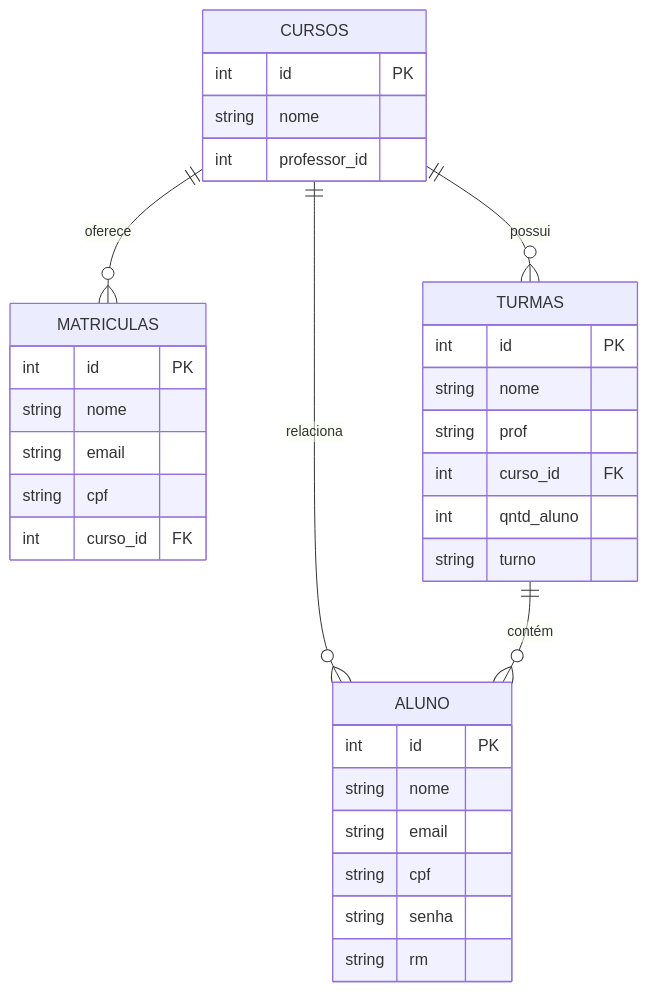
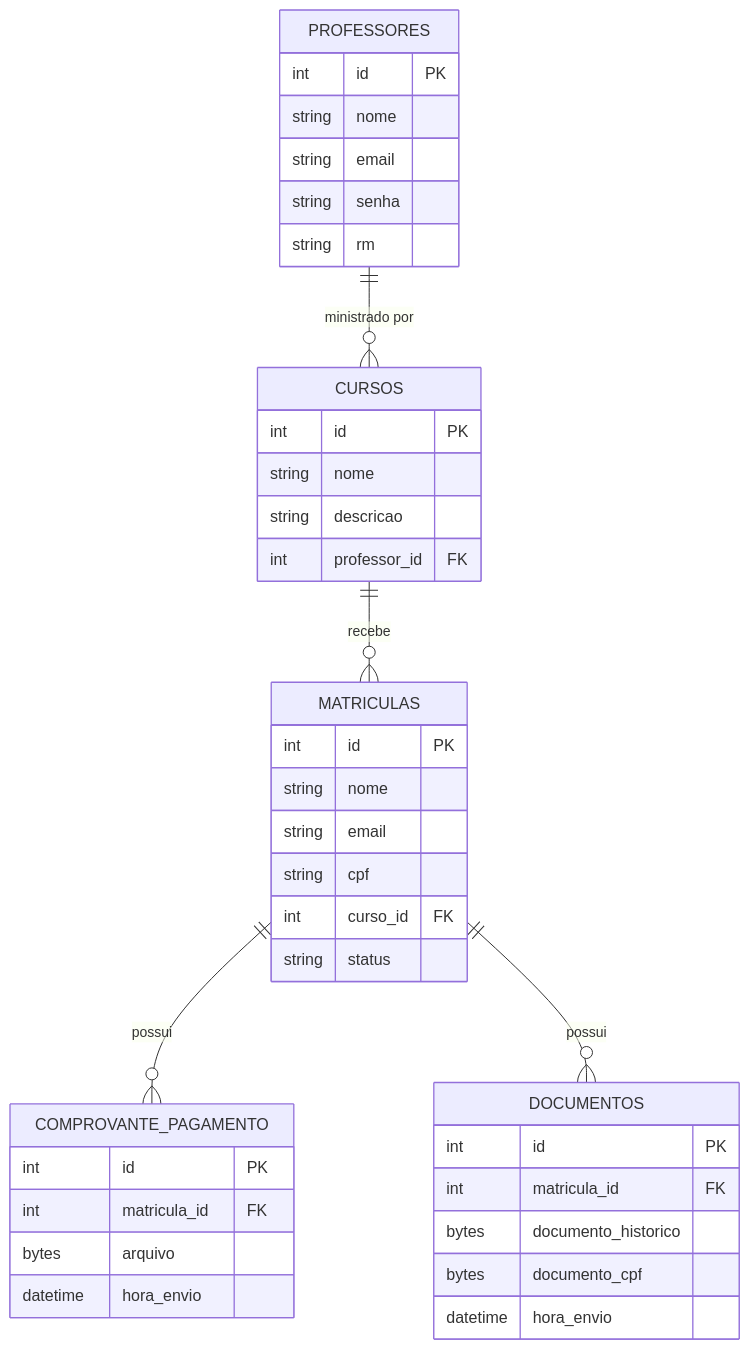
The diagram in README.md (luccasirineu/tivit-academy), drawn with Mermaid before and after one commit. The commit also changed other lines of this file, not shown here.

````diff
--- a/README.md
+++ b/README.md
@@ -52,40 +52,49 @@
 ```mermaid
 erDiagram
+
+    PROFESSORES {
+        int id PK
+        string nome
+        string email
+        string senha
+        string rm
+    }
+
+    CURSOS {
+        int id PK
+        string nome
+        string descricao
+        int professor_id FK
+    }
+
     MATRICULAS {
         int id PK
         string nome
         string email
         string cpf
         int curso_id FK
+        string status
     }
 
-    CURSOS {
+    COMPROVANTE_PAGAMENTO {
         int id PK
-        string nome
-        int professor_id
+        int matricula_id FK
+        bytes arquivo
+        datetime hora_envio
     }
 
-    TURMAS {
+    DOCUMENTOS {
         int id PK
-        string nome
-        string prof
-        int curso_id FK
-        int qntd_aluno
-        string turno
-    }
-
-    ALUNO {
-        int id PK
-        string nome
-        string email
-        string cpf
-        string senha
-        string rm
+        int matricula_id FK
+        bytes documento_historico
+        bytes documento_cpf
+        datetime hora_envio
     }
 
     %% RELACIONAMENTOS
-    CURSOS ||--o{ MATRICULAS : "oferece"
-    CURSOS ||--o{ TURMAS : "possui"
-    CURSOS ||--o{ ALUNO : "relaciona"
-    TURMAS ||--o{ ALUNO : "contém"
+    PROFESSORES ||--o{ CURSOS : "ministrado por"
+    CURSOS ||--o{ MATRICULAS : "recebe"
+    MATRICULAS ||--o{ COMPROVANTE_PAGAMENTO : "possui"
+    MATRICULAS ||--o{ DOCUMENTOS : "possui"
+
 ```
````
